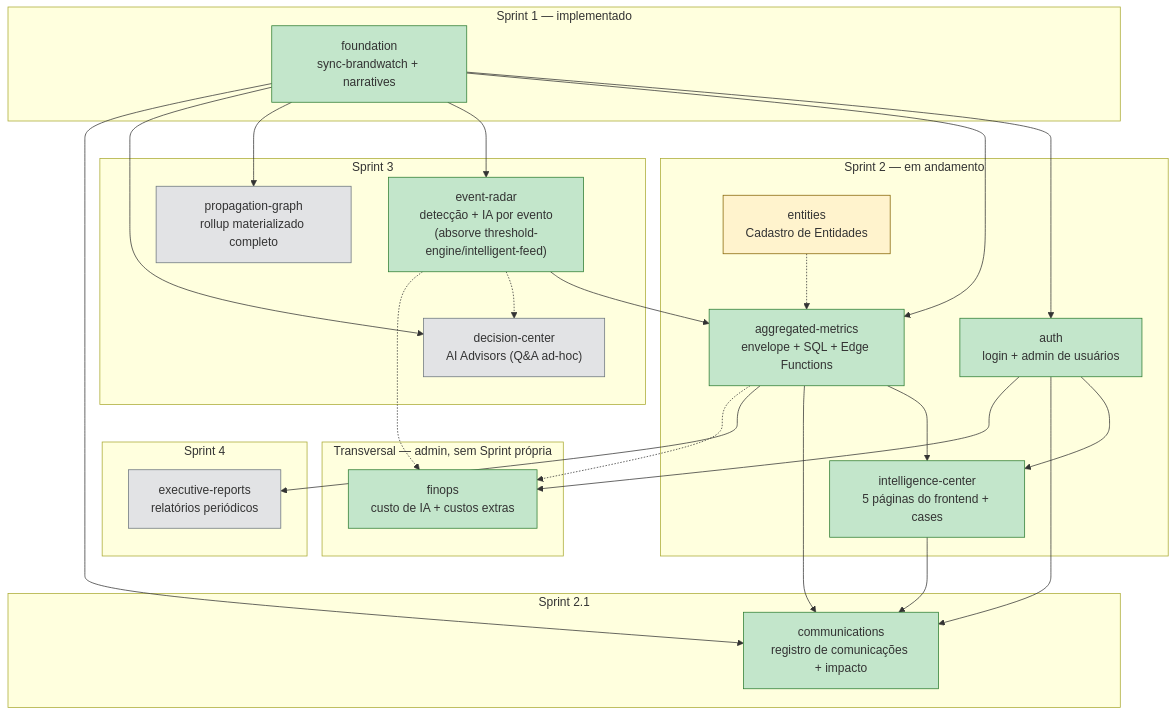
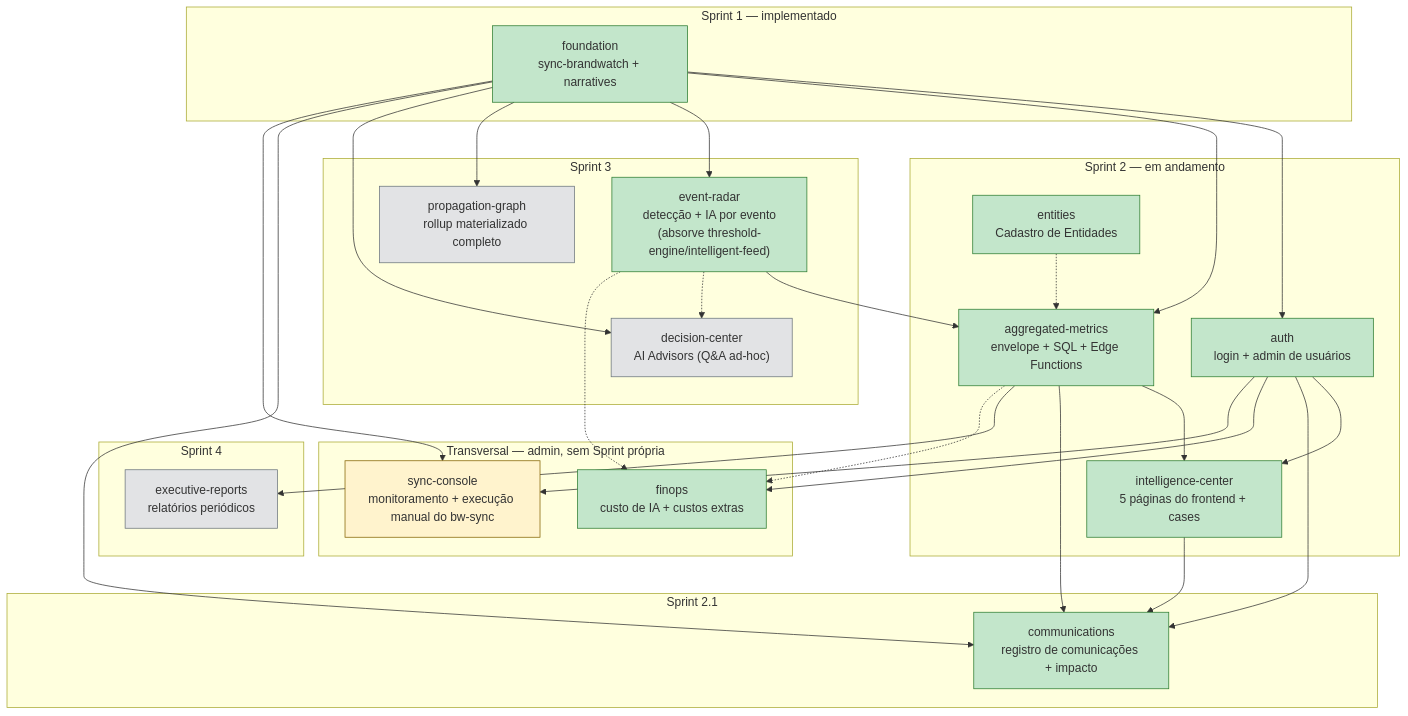
Before and after one commit to reputationcustom/dev-reputation: the diagram in .dev/specs/_architecture.md, drawn with Mermaid. The commit also changed other lines of this file and 23 other files, not shown here.

````diff
--- a/.dev/specs/_architecture.md
+++ b/.dev/specs/_architecture.md
@@ -20,67 +20,72 @@
 ```mermaid
 graph TD
     subgraph SPRINT1["Sprint 1 — implementado"]
         FOUNDATION["foundation<br/>sync-brandwatch + narratives"]
     end
 
     subgraph SPRINT2["Sprint 2 — em andamento"]
         AUTH["auth<br/>login + admin de usuários"]
         AGGMETRICS["aggregated-metrics<br/>envelope + SQL + Edge Functions"]
         INTEL["intelligence-center<br/>5 páginas do frontend + cases"]
         ENTITIES["entities<br/>Cadastro de Entidades"]
     end
 
     subgraph SPRINT2_1["Sprint 2.1"]
         COMMUNICATIONS["communications<br/>registro de comunicações + impacto"]
     end
 
     subgraph SPRINT3["Sprint 3"]
         EVENTRADAR["event-radar<br/>detecção + IA por evento<br/>(absorve threshold-engine/intelligent-feed)"]
         PROPGRAPH["propagation-graph<br/>rollup materializado completo"]
         DECISIONCENTER["decision-center<br/>AI Advisors (Q&A ad-hoc)"]
     end
 
     subgraph SPRINT4["Sprint 4"]
         REPORTS["executive-reports<br/>relatórios periódicos"]
     end
 
     subgraph TRANSVERSAL["Transversal — admin, sem Sprint própria"]
         FINOPS["finops<br/>custo de IA + custos extras"]
+        SYNCCONSOLE["sync-console<br/>monitoramento + execução manual do bw-sync"]
     end
 
     FOUNDATION --> AUTH
     FOUNDATION --> AGGMETRICS
     FOUNDATION --> EVENTRADAR
     FOUNDATION --> PROPGRAPH
     FOUNDATION --> DECISIONCENTER
 
     AUTH --> INTEL
     AGGMETRICS --> INTEL
     ENTITIES -.-> AGGMETRICS
 
     FOUNDATION --> COMMUNICATIONS
     AUTH --> COMMUNICATIONS
     AGGMETRICS --> COMMUNICATIONS
     INTEL --> COMMUNICATIONS
 
     EVENTRADAR --> AGGMETRICS
     EVENTRADAR -.-> DECISIONCENTER
 
     AGGMETRICS --> REPORTS
 
     AUTH --> FINOPS
     EVENTRADAR -.-> FINOPS
     AGGMETRICS -.-> FINOPS
 
+    AUTH --> SYNCCONSOLE
+    FOUNDATION --> SYNCCONSOLE
+
     style FOUNDATION fill:#c3e6cb,stroke:#2e7d32
     style AUTH fill:#c3e6cb,stroke:#2e7d32
     style AGGMETRICS fill:#c3e6cb,stroke:#2e7d32
     style INTEL fill:#c3e6cb,stroke:#2e7d32
-    style ENTITIES fill:#fff3cd,stroke:#856404
+    style ENTITIES fill:#c3e6cb,stroke:#2e7d32
     style COMMUNICATIONS fill:#c3e6cb,stroke:#2e7d32
     style EVENTRADAR fill:#c3e6cb,stroke:#2e7d32
     style PROPGRAPH fill:#e2e3e5,stroke:#6c757d
     style DECISIONCENTER fill:#e2e3e5,stroke:#6c757d
     style REPORTS fill:#e2e3e5,stroke:#6c757d
     style FINOPS fill:#c3e6cb,stroke:#2e7d32
+    style SYNCCONSOLE fill:#fff3cd,stroke:#856404
 ```
````
